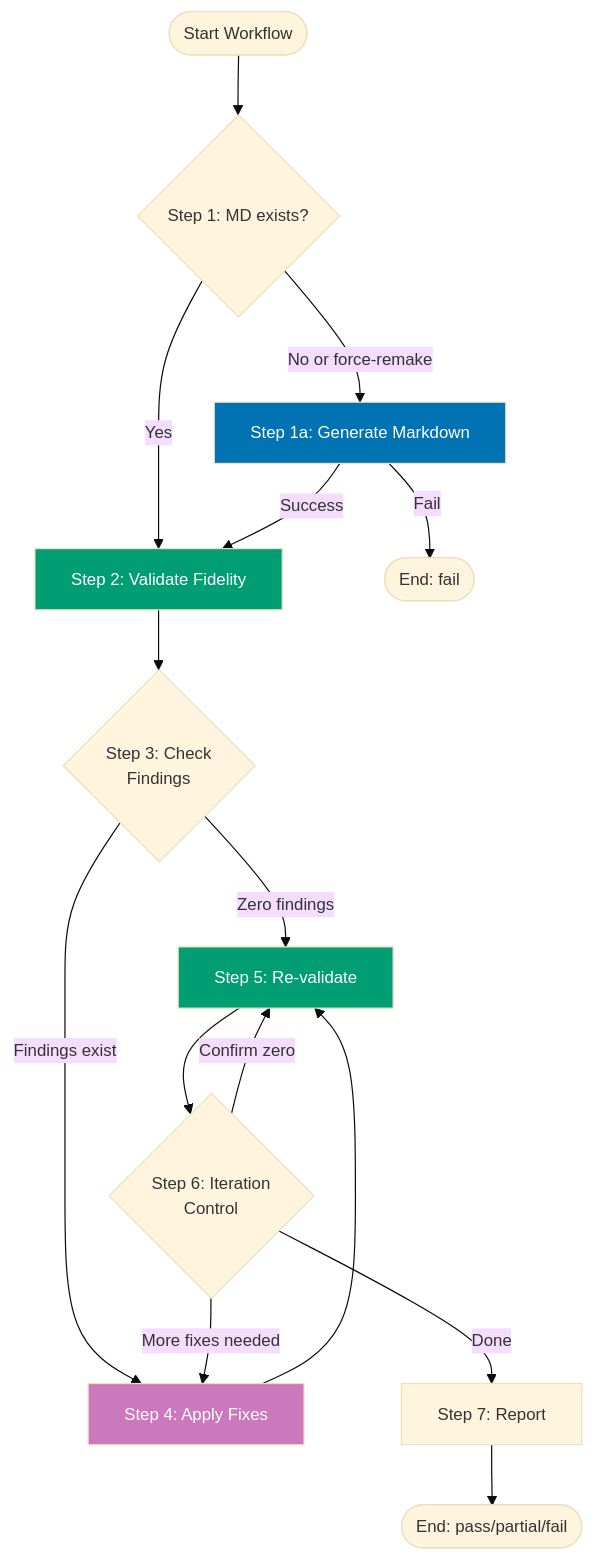
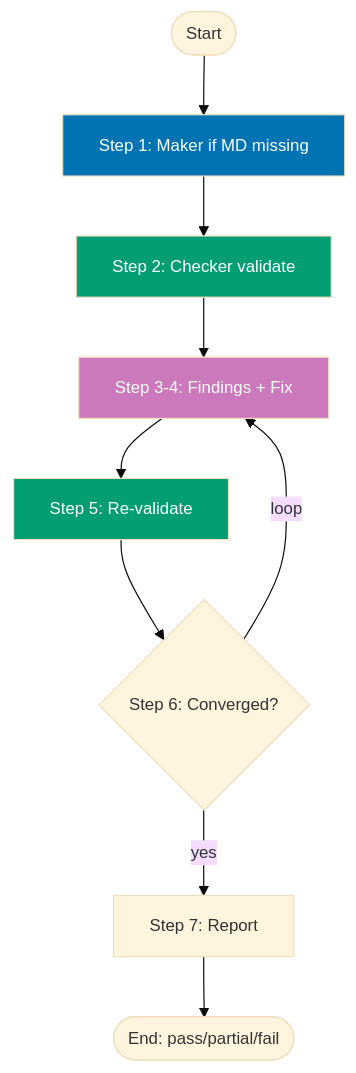
The diagram in repo-governance/workflows/content/pdf-to-md-quality-gate.md (wahidyankf/open-sharia-enterprise), drawn with Mermaid before and after one commit. The commit also changed 1 other file, not shown here.

Commit message:
fix(mermaid): simplify pdf-to-md flowchart + replace nist control-structure diagram
Pre-existing Mermaid validator violations that the pre-push hook surfaces
when these files are modified:

1. pdf-to-md-quality-gate.md flowchart had span=5 at one rank (max 4) due
   to two converging branches (Step3 → Step4|Step5; Step6 → Step4|Step5).
   Simplified to a linear chain with one back-edge: Maker → Checker →
   Findings+Fix → Re-validate → Converged? → Report. Same semantic flow,
   span ≤ 2. Detail lives in the textual Steps section below the diagram.

2. nist-sp-800-53-rev5.md "FIGURE 1: CONTROL STRUCTURE" Mermaid block was
   auto-generated from a PDF figure with hard-coded prose labels (47-53
   chars each, max 30). Per the workflow's own guidance for ambiguous
   PDF-derived diagrams, replaced with a `[FIGURE 1: ...]` placeholder
   describing the same hierarchy.

Validates clean: `rhino-cli docs validate-mermaid` reports 0 violations
across 31 files / 153 blocks under repo-governance/ + .claude/.

````diff
--- a/repo-governance/workflows/content/pdf-to-md-quality-gate.md
+++ b/repo-governance/workflows/content/pdf-to-md-quality-gate.md
@@ -109,30 +109,17 @@
 ```mermaid
 %%{init: {'theme':'base', 'themeVariables': { 'fontSize':'14px'}}}%%
 graph TB
-    Start([Start Workflow]) --> Step1{Step 1: MD exists?}
+    Start([Start]) --> S1[Step 1: Maker if MD missing]
+    S1 --> S2[Step 2: Checker validate]
+    S2 --> S34[Step 3-4: Findings + Fix]
+    S34 --> S5[Step 5: Re-validate]
+    S5 --> S6{Step 6: Converged?}
+    S6 -->|loop| S34
+    S6 -->|yes| S7[Step 7: Report]
+    S7 --> End([End: pass/partial/fail])
 
-    Step1 -->|No or force-remake| MakeStep[Step 1a: Generate Markdown]
-    Step1 -->|Yes| Step2[Step 2: Validate Fidelity]
-    MakeStep -->|Success| Step2
-    MakeStep -->|Fail| Fail([End: fail])
-
-    Step2 --> Step3{Step 3: Check<br/>Findings}
-
-    Step3 -->|Zero findings| Step5[Step 5: Re-validate]
-    Step3 -->|Findings exist| Step4[Step 4: Apply Fixes]
-
-    Step4 --> Step5
-
-    Step5 --> Step6{Step 6: Iteration<br/>Control}
-
-    Step6 -->|More fixes needed| Step4
-    Step6 -->|Confirm zero| Step5
-    Step6 -->|Done| Step7[Step 7: Report]
-
-    Step7 --> End([End: pass/partial/fail])
-
-    style MakeStep fill:#0173B2,color:#fff
-    style Step2 fill:#029E73,color:#fff
-    style Step5 fill:#029E73,color:#fff
-    style Step4 fill:#CC78BC,color:#fff
+    style S1 fill:#0173B2,color:#fff
+    style S2 fill:#029E73,color:#fff
+    style S5 fill:#029E73,color:#fff
+    style S34 fill:#CC78BC,color:#fff
 ```
````
